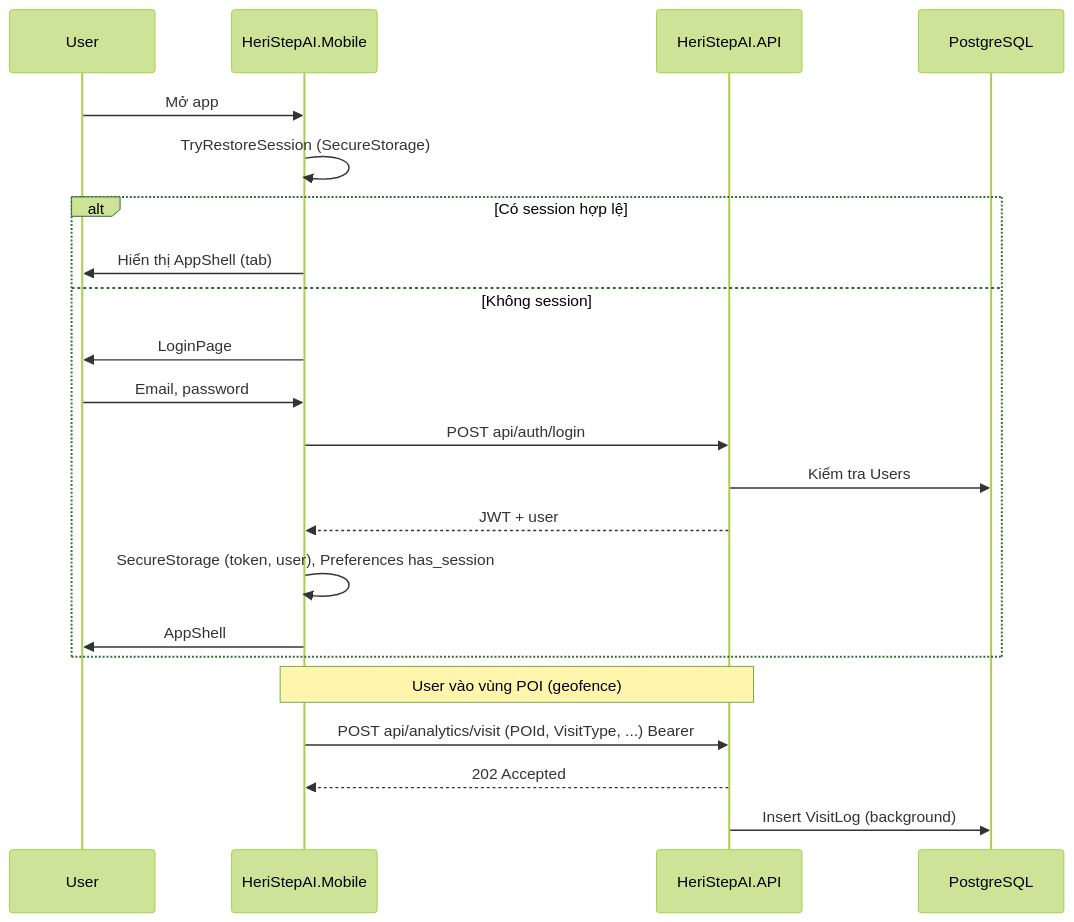
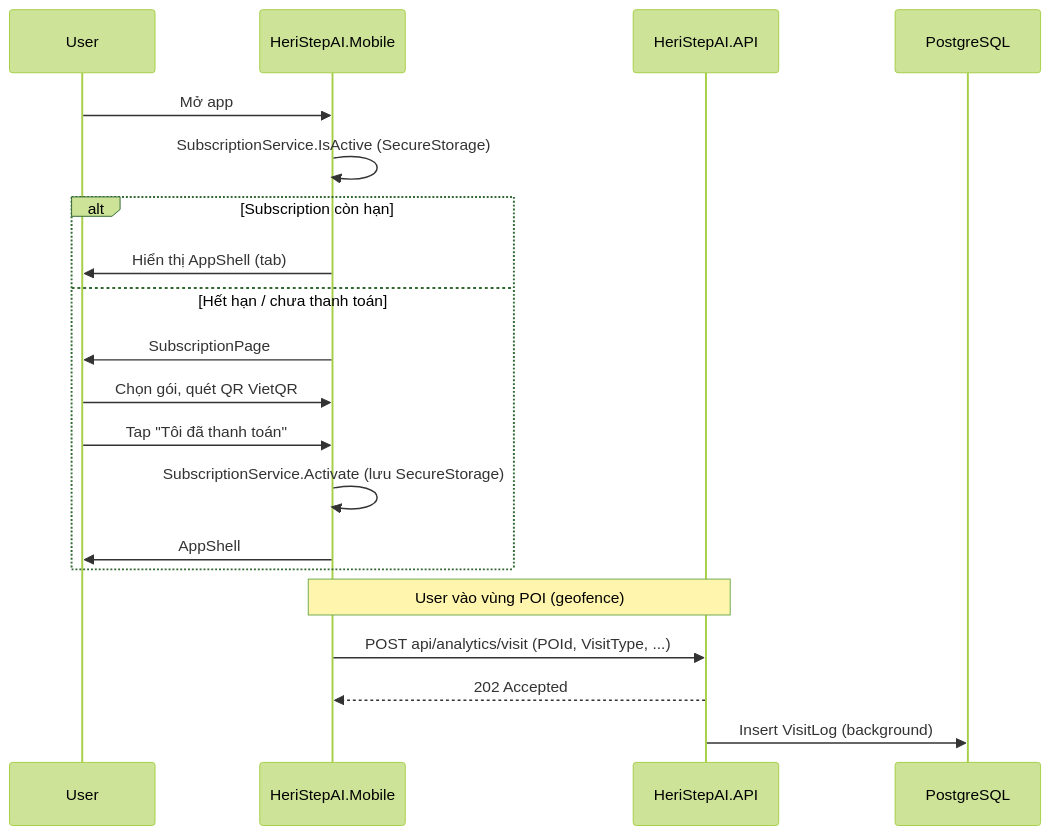
Before and after one commit to KhanhChung2k5/k_tour: diagram 39 of 49 in docs/PRODUCT_REQUIREMENTS.md, drawn with Mermaid (forest theme). The commit also changed other lines of this file and 9 other files, not shown here.

Commit message:
Add class diagram

````diff
--- a/docs/PRODUCT_REQUIREMENTS.md
+++ b/docs/PRODUCT_REQUIREMENTS.md
@@ -760,26 +1762,24 @@
 ```mermaid
 sequenceDiagram
     participant User
     participant App as HeriStepAI.Mobile
     participant API as HeriStepAI.API
     participant DB as PostgreSQL
 
     User->>App: Mở app
-    App->>App: TryRestoreSession (SecureStorage)
-    alt Có session hợp lệ
+    App->>App: SubscriptionService.IsActive (SecureStorage)
+    alt Subscription còn hạn
         App->>User: Hiển thị AppShell (tab)
-    else Không session
-        App->>User: LoginPage
-        User->>App: Email, password
-        App->>API: POST api/auth/login
-        API->>DB: Kiểm tra Users
-        API-->>App: JWT + user
-        App->>App: SecureStorage (token, user), Preferences has_session
+    else Hết hạn / chưa thanh toán
+        App->>User: SubscriptionPage
+        User->>App: Chọn gói, quét QR VietQR
+        User->>App: Tap "Tôi đã thanh toán"
+        App->>App: SubscriptionService.Activate (lưu SecureStorage)
         App->>User: AppShell
     end
 
     Note over App,API: User vào vùng POI (geofence)
-    App->>API: POST api/analytics/visit (POId, VisitType, ...) Bearer
+    App->>API: POST api/analytics/visit (POId, VisitType, ...)
     API-->>App: 202 Accepted
     API->>DB: Insert VisitLog (background)
 ```
````
